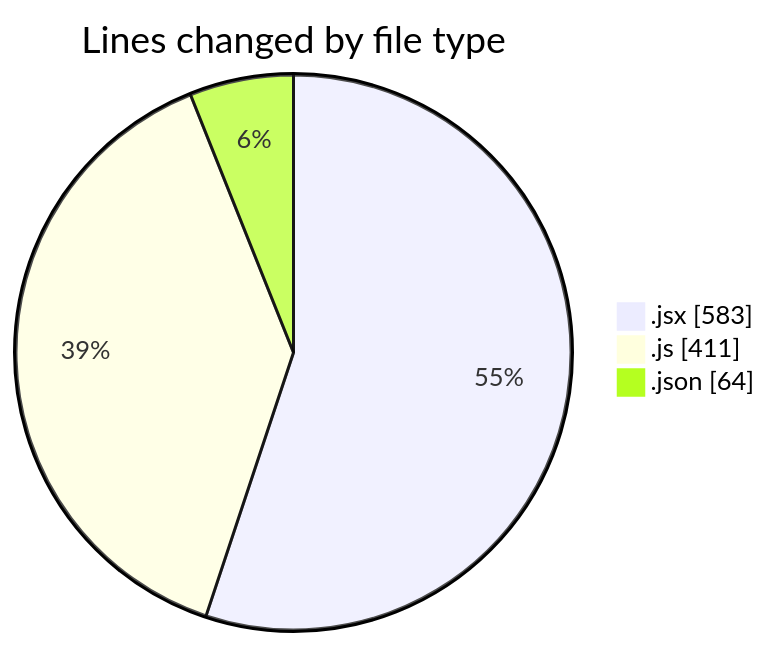
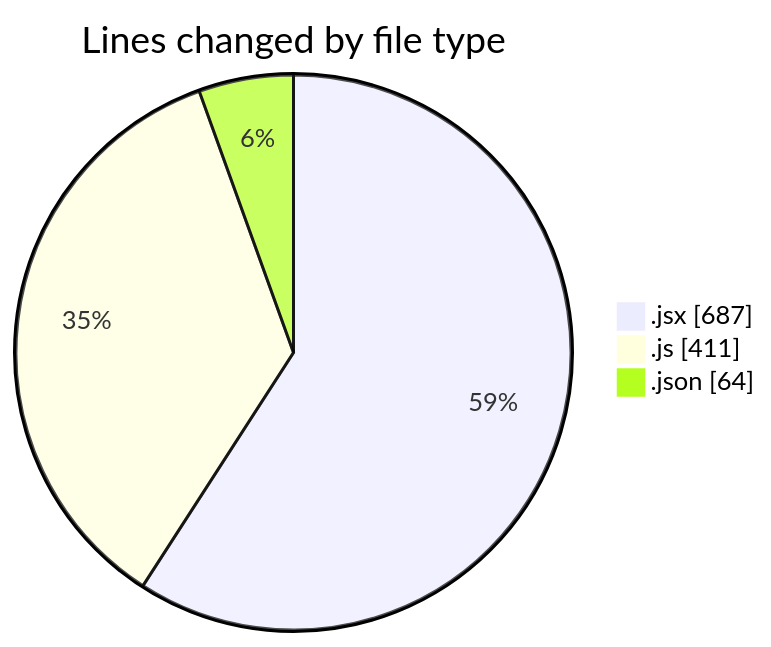
One commit to nxtqubesakshisongat/code-tracking changed the first of 2 diagrams in 2025-11-05/nxtqube_webapp/README.md. Above: the diagram before and after it, drawn with Mermaid. The commit also changed other lines of this file and 1 other file, not shown here.

````diff
--- a/2025-11-05/nxtqube_webapp/README.md
+++ b/2025-11-05/nxtqube_webapp/README.md
@@ -26,7 +26,7 @@
 ```mermaid
 pie showData
 title Lines changed by file type
-".jsx" : 583
+".jsx" : 687
 ".js" : 411
 ".json" : 64
 ```
````
